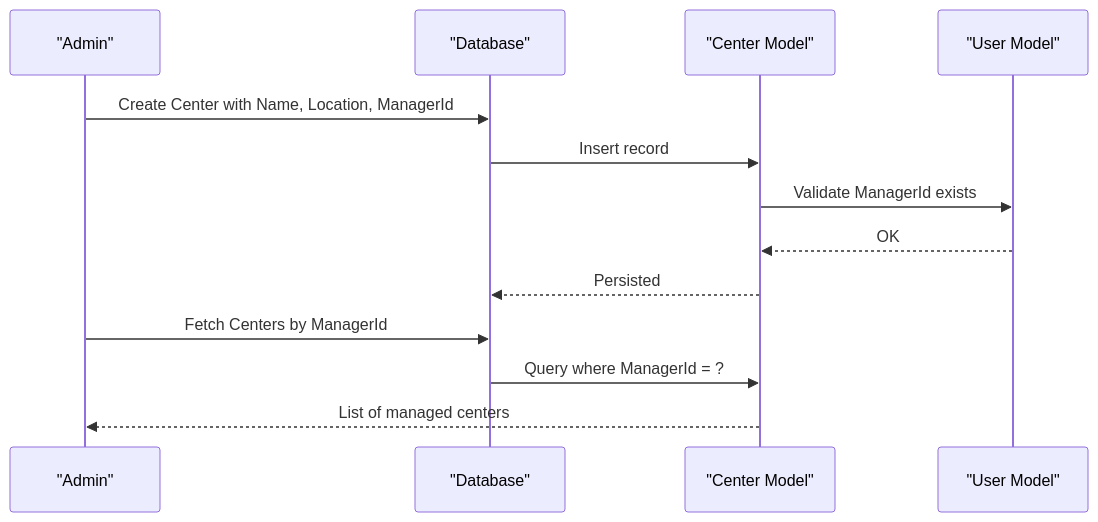
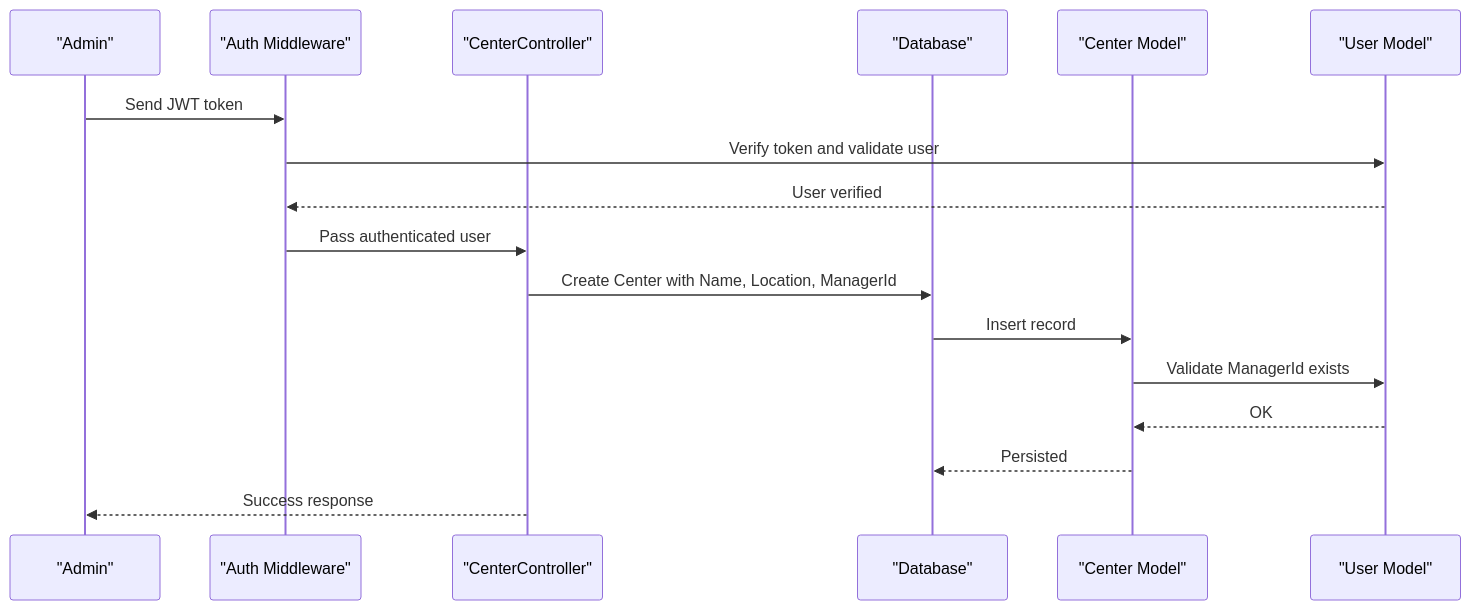
One commit to Mreng78/khirocom_project changed the third of 7 diagrams in .qoder/repowiki/en/content/Feature Modules/Center Administration.md. Above: the diagram before and after it, drawn with Mermaid. The commit also changed other lines of this file and 13 other files, not shown here.

````diff
--- a/.qoder/repowiki/en/content/Feature Modules/Center Administration.md
+++ b/.qoder/repowiki/en/content/Feature Modules/Center Administration.md
@@ -139,15 +177,19 @@
 ```mermaid
 sequenceDiagram
 participant Admin as "Admin"
+participant Auth as "Auth Middleware"
+participant Controller as "CenterController"
 participant DB as "Database"
 participant Center as "Center Model"
 participant User as "User Model"
-Admin->>DB : Create Center with Name, Location, ManagerId
+Admin->>Auth : Send JWT token
+Auth->>User : Verify token and validate user
+User-->>Auth : User verified
+Auth->>Controller : Pass authenticated user
+Controller->>DB : Create Center with Name, Location, ManagerId
 DB->>Center : Insert record
 Center->>User : Validate ManagerId exists
 User-->>Center : OK
 Center-->>DB : Persisted
-Admin->>DB : Fetch Centers by ManagerId
-DB->>Center : Query where ManagerId = ?
-Center-->>Admin : List of managed centers
+Controller-->>Admin : Success response
 ```
````
